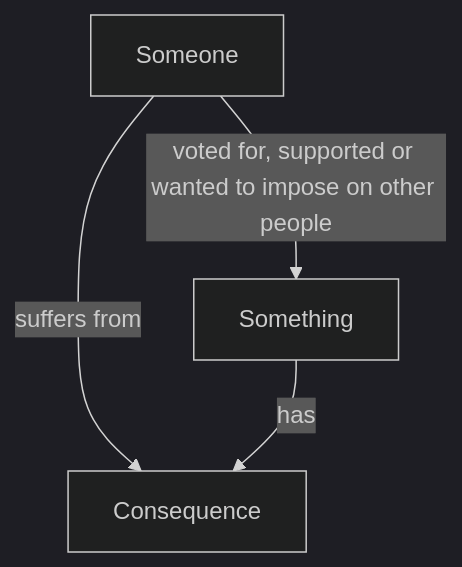
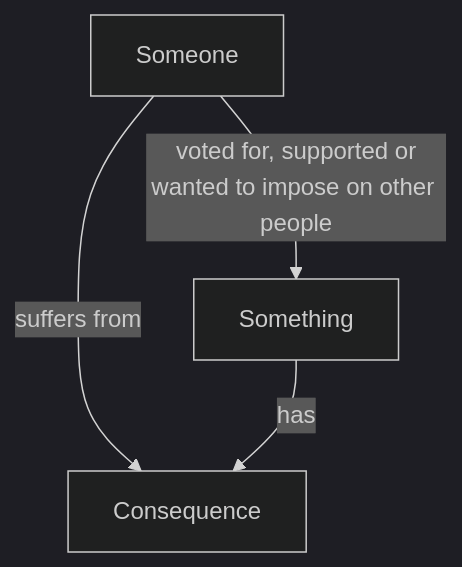
Before and after one commit to NatoBoram/flam: the first of 2 diagrams in README.md, drawn with Mermaid (dark theme). The commit also changed other lines of this file, not shown here.

````diff
--- a/README.md
+++ b/README.md
@@ -13,6 +13,6 @@
 ```mermaid
 flowchart
   Someone -->|suffers from| Consequence
-  Someone -->|voted for, supported or wanted to impose on other people| Something
+  Someone -->|voted for, supported or<br/>wanted to impose on other people| Something
   Something -->|has| Consequence
 ```
````
